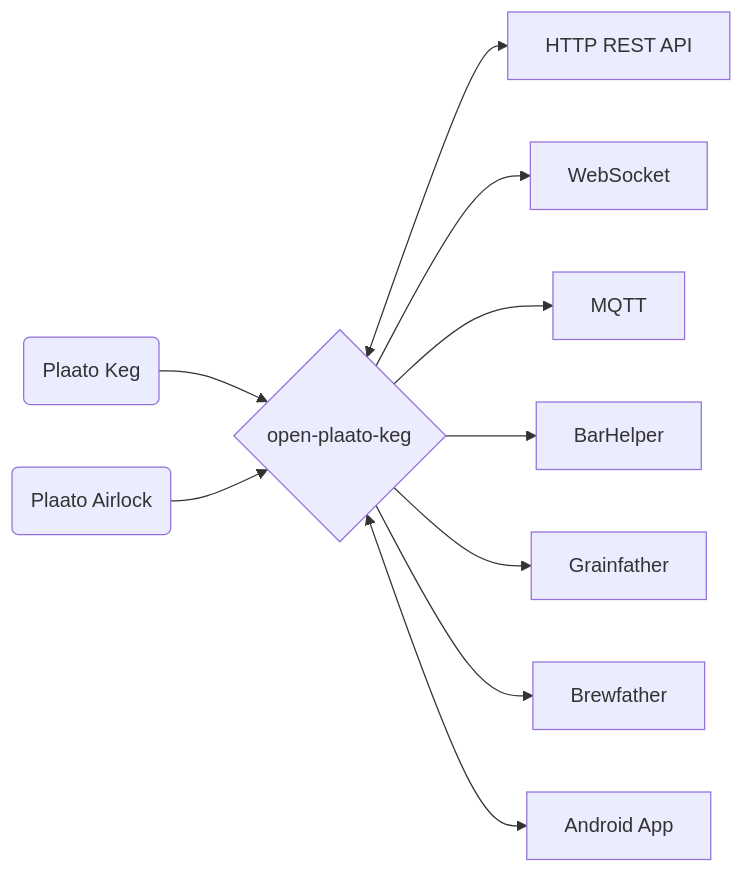
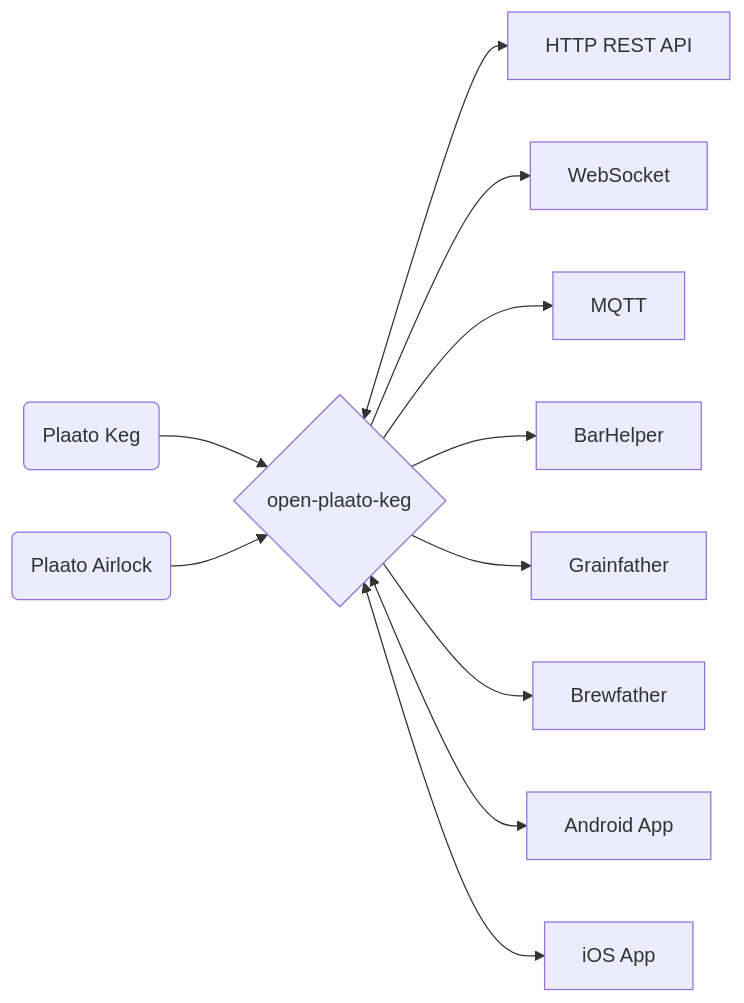
Before and after one commit to DarkJaeger/open-plaato-keg: the second of 2 diagrams in README.md, drawn with Mermaid. The commit also changed other lines of this file, not shown here.

Commit message:
docs: add iOS companion app to README

````diff
--- a/README.md
+++ b/README.md
@@ -32,12 +33,13 @@
 ```mermaid
 graph LR
     A(Plaato Keg) --> B{open-plaato-keg};
     G(Plaato Airlock) --> B;
     B <--> C[HTTP REST API];
     B --> D[WebSocket];
     B --> E[MQTT];
     B --> F[BarHelper];
     B --> H[Grainfather];
     B --> I[Brewfather];
     B <--> J[Android App];
+    B <--> K[iOS App];
 ```
````
